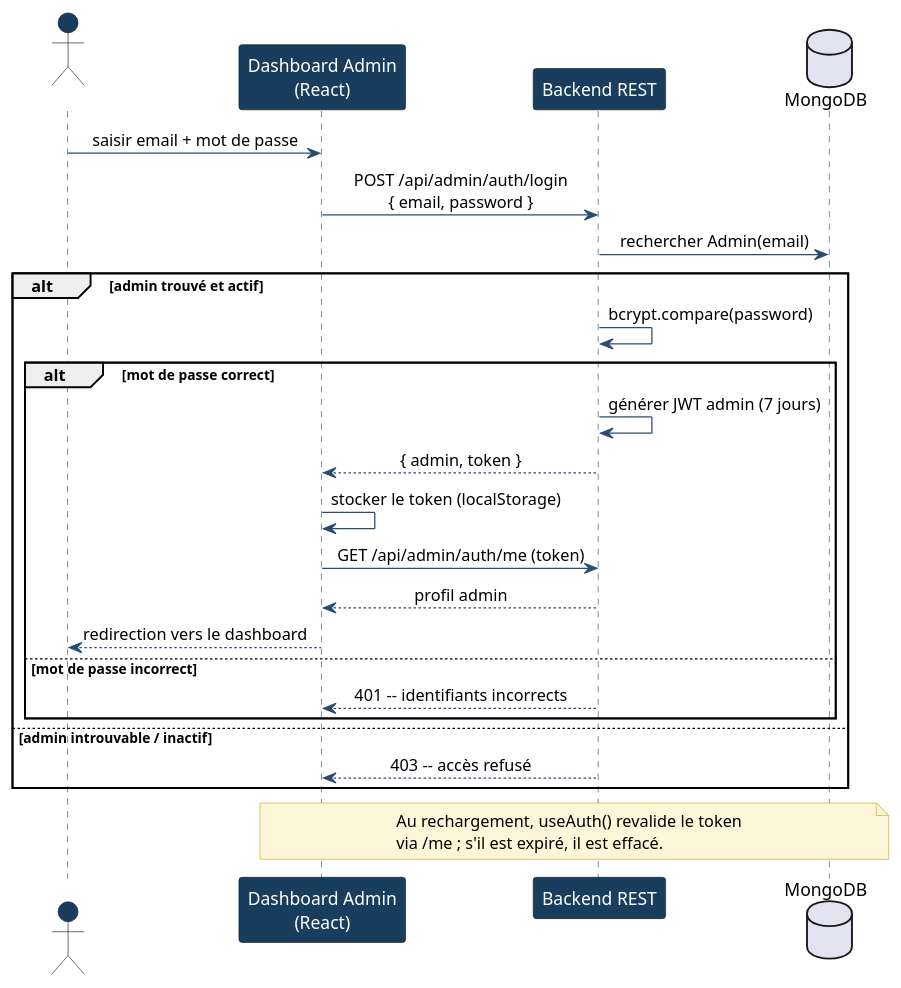
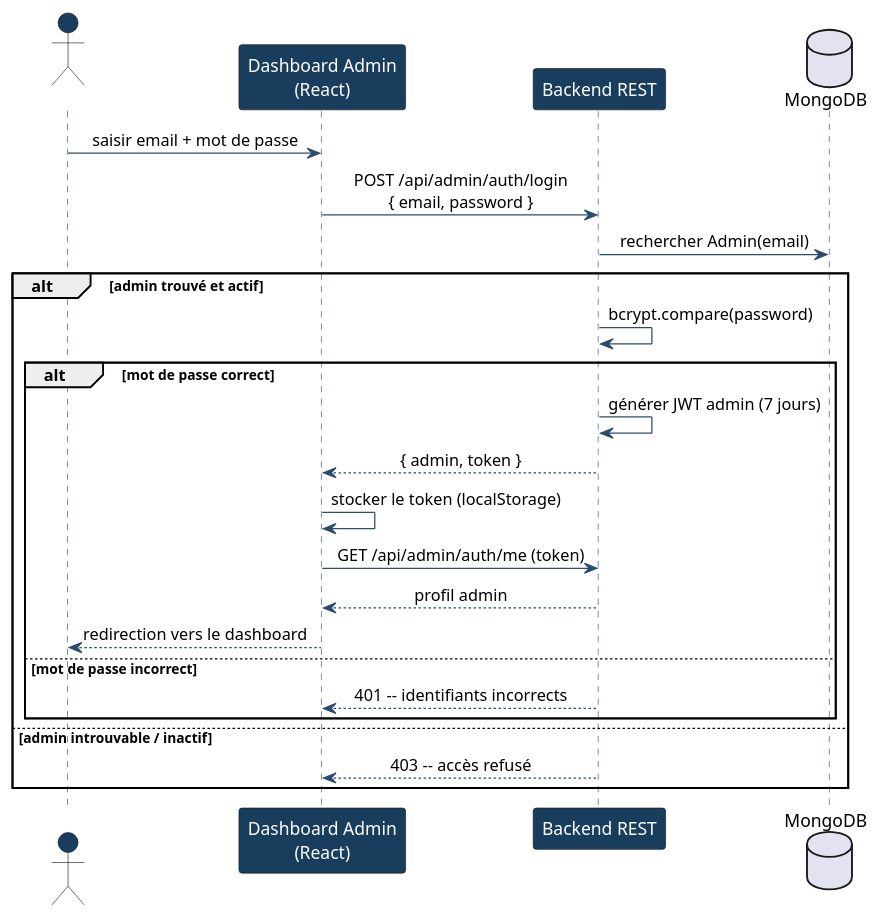
Before and after one commit to sayenjabo/TynassIt_PFE: the diagram in PUML/seq_login_admin.puml, drawn with PlantUML. The commit also changed 70 other files, not shown here.

```diff
--- a/PUML/seq_login_admin.puml
+++ b/PUML/seq_login_admin.puml
@@ -1,39 +1,38 @@
 @startuml Sequence_login_admin
 ' Diagramme de séquence --- Login admin (dashboard web)
 skinparam shadowing false
 skinparam sequenceMessageAlign center
 skinparam ParticipantBackgroundColor #183D5D
 skinparam ParticipantFontColor #FFFFFF
 skinparam ActorBackgroundColor #183D5D
 skinparam ActorFontColor #FFFFFF
 skinparam SequenceLifeLineBorderColor #2B4B6F
 skinparam ArrowColor #2B4B6F
 skinparam NoteBackgroundColor #FDF6D8
 skinparam NoteBorderColor #C9A227
 
 actor "Admin" as Admin
 participant "Dashboard Admin\n(React)" as UI
 participant "Backend REST" as API
 database "MongoDB" as DB
 
 Admin -> UI : saisir email + mot de passe
 UI -> API : POST /api/admin/auth/login\n{ email, password }
 API -> DB : rechercher Admin(email)
 alt admin trouvé et actif
   API -> API : bcrypt.compare(password)
   alt mot de passe correct
     API -> API : générer JWT admin (7 jours)
     API --> UI : { admin, token }
     UI -> UI : stocker le token (localStorage)
     UI -> API : GET /api/admin/auth/me (token)
     API --> UI : profil admin
     UI --> Admin : redirection vers le dashboard
   else mot de passe incorrect
     API --> UI : 401 -- identifiants incorrects
   end
 else admin introuvable / inactif
   API --> UI : 403 -- accès refusé
 end
 
-note over UI, DB : Au rechargement, useAuth() revalide le token\nvia /me ; s'il est expiré, il est effacé.
 @enduml
```
